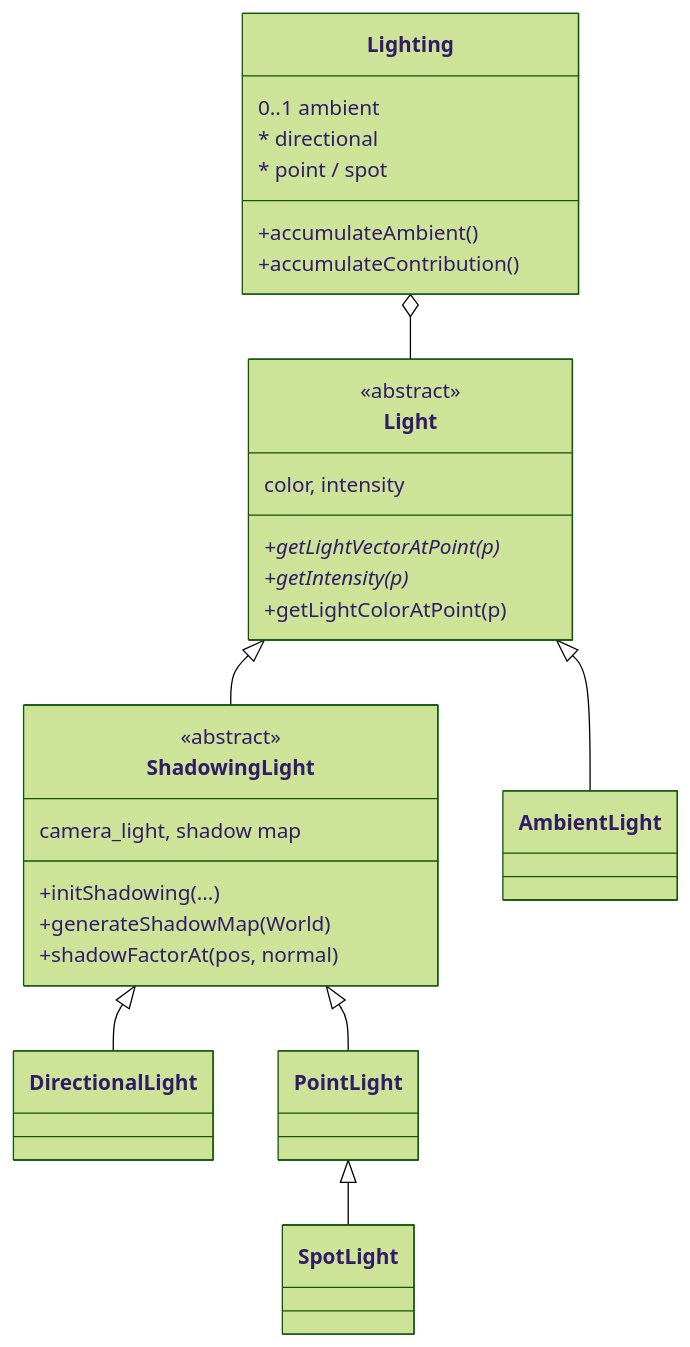
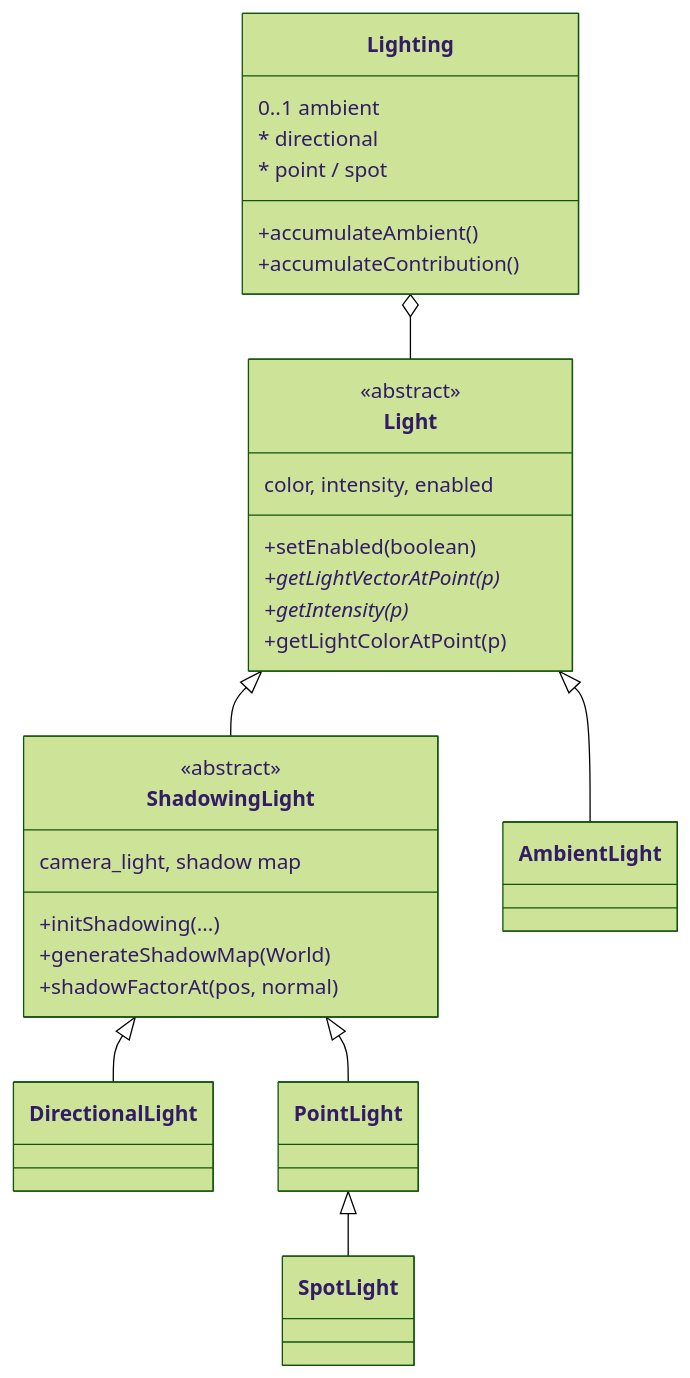
The sixth of 22 diagrams in docs/DESIGN.md (obarry/Aventura), drawn with Mermaid (forest theme) before and after one commit. The commit also changed other lines of this file and 7 other files, not shown here.

First line of the commit message:
Add Light.setEnabled() to switch a light off without removing it

````diff
--- a/docs/DESIGN.md
+++ b/docs/DESIGN.md
@@ -214,31 +214,32 @@
 ```mermaid
 classDiagram
     direction TB
     class Light {
       <<abstract>>
-      color, intensity
+      color, intensity, enabled
+      +setEnabled(boolean)
       +getLightVectorAtPoint(p)*
       +getIntensity(p)*
       +getLightColorAtPoint(p)
     }
     class ShadowingLight {
       <<abstract>>
       camera_light, shadow map
       +initShadowing(...)
       +generateShadowMap(World)
       +shadowFactorAt(pos, normal)
     }
     class Lighting {
       0..1 ambient
       * directional
       * point / spot
       +accumulateAmbient()
       +accumulateContribution()
     }
     Light <|-- AmbientLight
     Light <|-- ShadowingLight
     ShadowingLight <|-- DirectionalLight
     ShadowingLight <|-- PointLight
     PointLight <|-- SpotLight
     Lighting o-- Light
 ```
````
